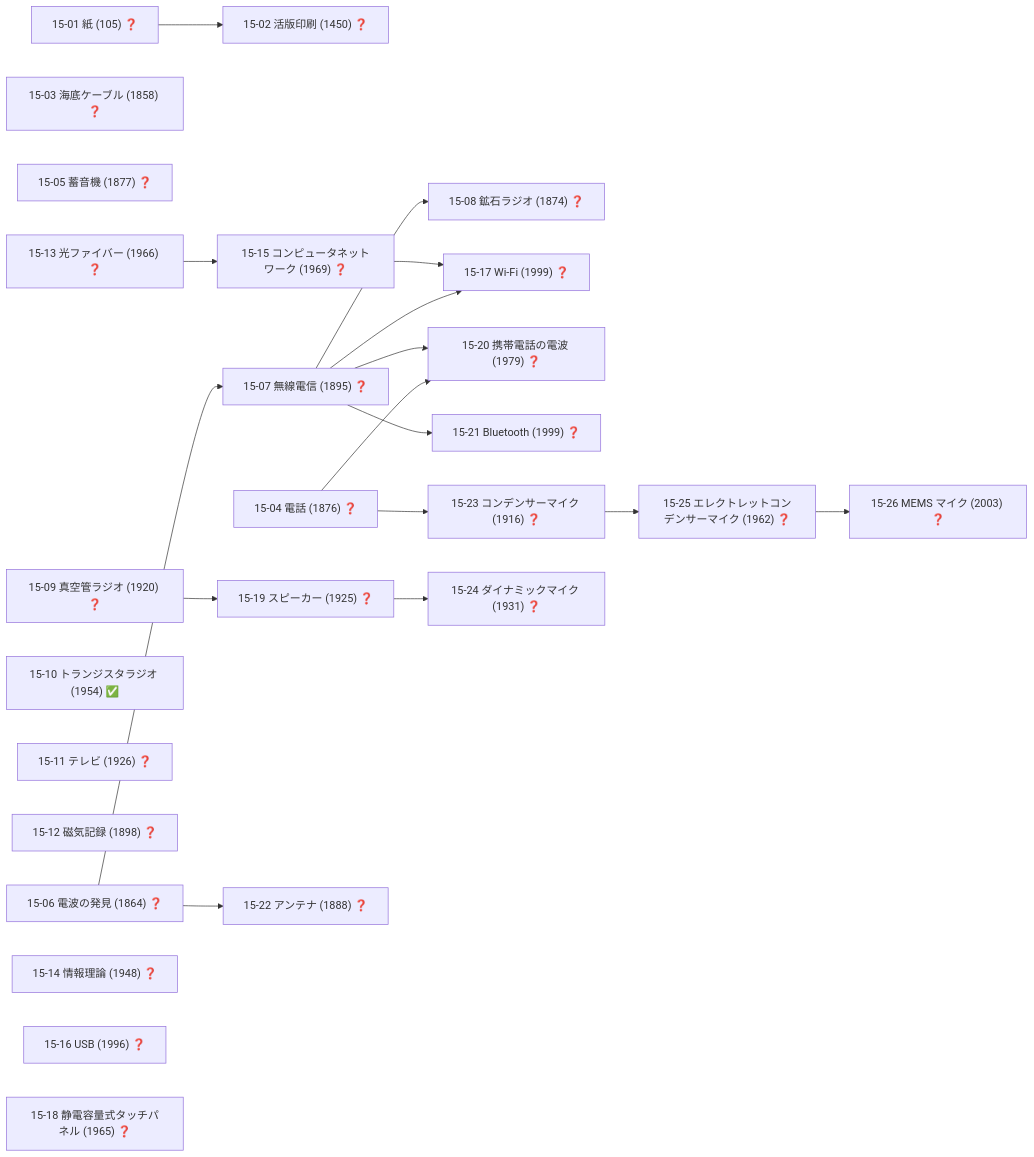
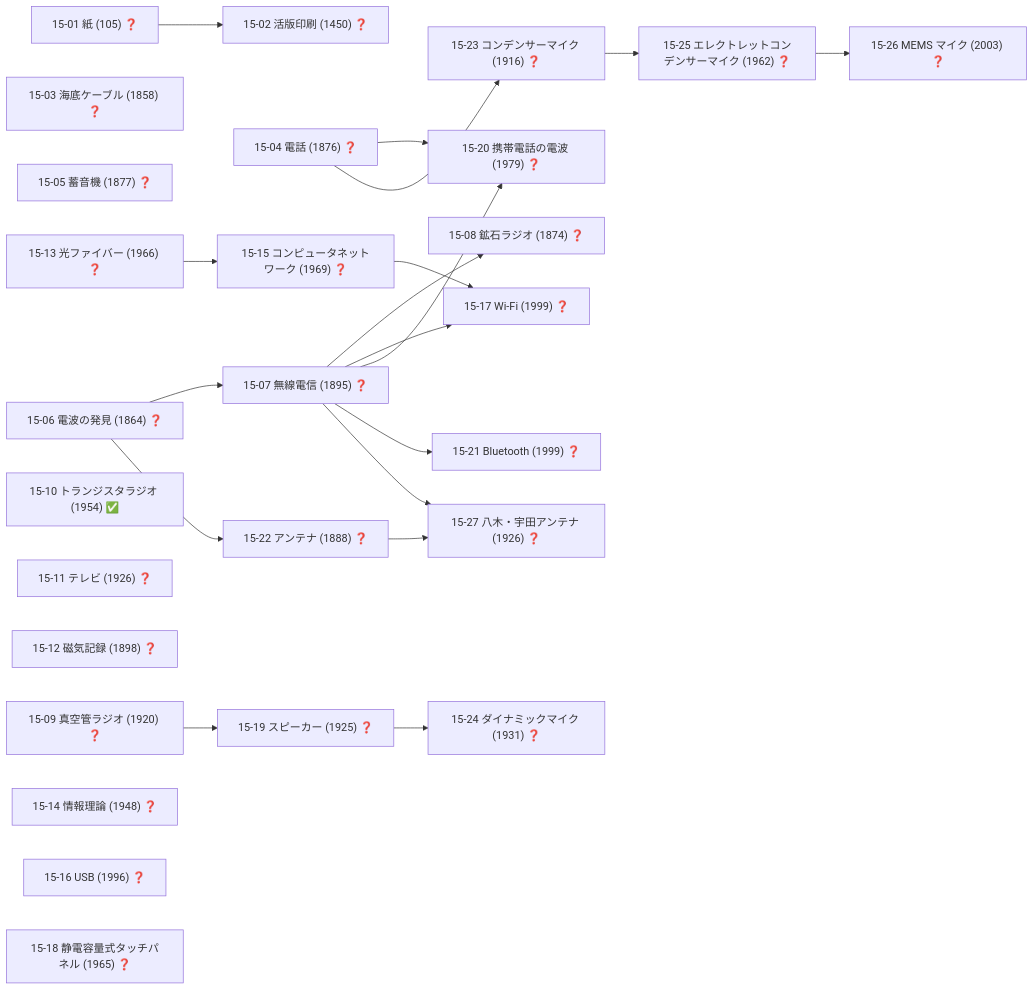
One commit to taku3i0317-collab/semiconductor-lab changed diagram 18 of 19 in docs/TECH_TREE_VIEW.md. Above: the diagram before and after it, drawn with Mermaid. The commit also changed other lines of this file and 8 other files, not shown here.

````diff
--- a/docs/TECH_TREE_VIEW.md
+++ b/docs/TECH_TREE_VIEW.md
@@ -920,44 +922,47 @@
 ```mermaid
 graph LR
   n15_01["15-01 紙 (105) ❓"]
   n15_02["15-02 活版印刷 (1450) ❓"]
   n15_03["15-03 海底ケーブル (1858) ❓"]
   n15_04["15-04 電話 (1876) ❓"]
   n15_05["15-05 蓄音機 (1877) ❓"]
   n15_06["15-06 電波の発見 (1864) ❓"]
   n15_07["15-07 無線電信 (1895) ❓"]
   n15_08["15-08 鉱石ラジオ (1874) ❓"]
   n15_09["15-09 真空管ラジオ (1920) ❓"]
   n15_10["15-10 トランジスタラジオ (1954) ✅"]
   n15_11["15-11 テレビ (1926) ❓"]
   n15_12["15-12 磁気記録 (1898) ❓"]
   n15_13["15-13 光ファイバー (1966) ❓"]
   n15_14["15-14 情報理論 (1948) ❓"]
   n15_15["15-15 コンピュータネットワーク (1969) ❓"]
   n15_16["15-16 USB (1996) ❓"]
   n15_17["15-17 Wi-Fi (1999) ❓"]
   n15_18["15-18 静電容量式タッチパネル (1965) ❓"]
   n15_19["15-19 スピーカー (1925) ❓"]
   n15_20["15-20 携帯電話の電波 (1979) ❓"]
   n15_21["15-21 Bluetooth (1999) ❓"]
   n15_22["15-22 アンテナ (1888) ❓"]
   n15_23["15-23 コンデンサーマイク (1916) ❓"]
   n15_24["15-24 ダイナミックマイク (1931) ❓"]
   n15_25["15-25 エレクトレットコンデンサーマイク (1962) ❓"]
   n15_26["15-26 MEMS マイク (2003) ❓"]
+  n15_27["15-27 八木・宇田アンテナ (1926) ❓"]
   n15_01-->n15_02
   n15_06-->n15_07
   n15_07-->n15_08
   n15_13-->n15_15
   n15_07-->n15_17
   n15_15-->n15_17
   n15_09-->n15_19
   n15_04-->n15_20
   n15_07-->n15_20
   n15_07-->n15_21
   n15_06-->n15_22
   n15_04-->n15_23
   n15_19-->n15_24
   n15_23-->n15_25
   n15_25-->n15_26
+  n15_07-->n15_27
+  n15_22-->n15_27
 ```
````
